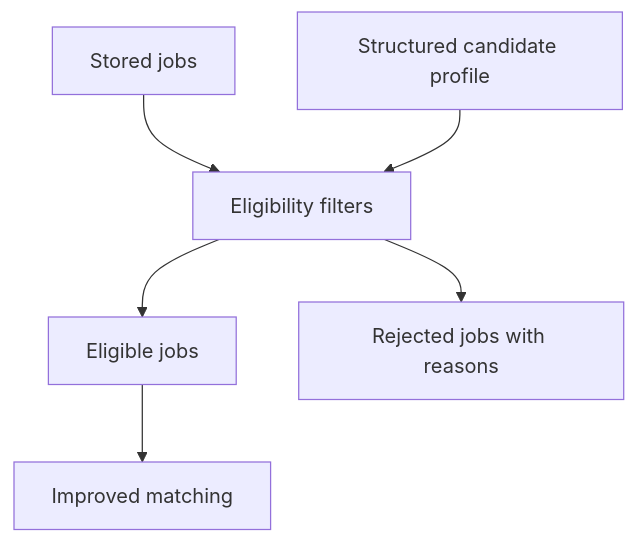
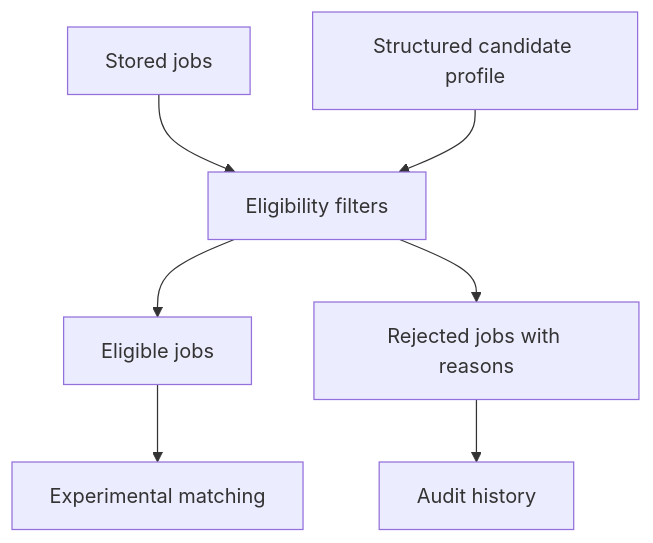
Before and after one commit to HammerheadFistpunch/Job-tool: the third of 4 diagrams in jobintel/docs/JOB_TOOL_FUNCTION_MAP.md, drawn with Mermaid. The commit also changed other lines of this file and 14 other files, not shown here.

````diff
--- a/jobintel/docs/JOB_TOOL_FUNCTION_MAP.md
+++ b/jobintel/docs/JOB_TOOL_FUNCTION_MAP.md
@@ -137,8 +141,9 @@
 ```mermaid
 flowchart TD
     A["Stored jobs"] --> B["Eligibility filters"]
     C["Structured candidate profile"] --> B
     B --> D["Eligible jobs"]
     B --> E["Rejected jobs with reasons"]
-    D --> F["Improved matching"]
+    D --> F["Experimental matching"]
+    E --> G["Audit history"]
 ```
````
